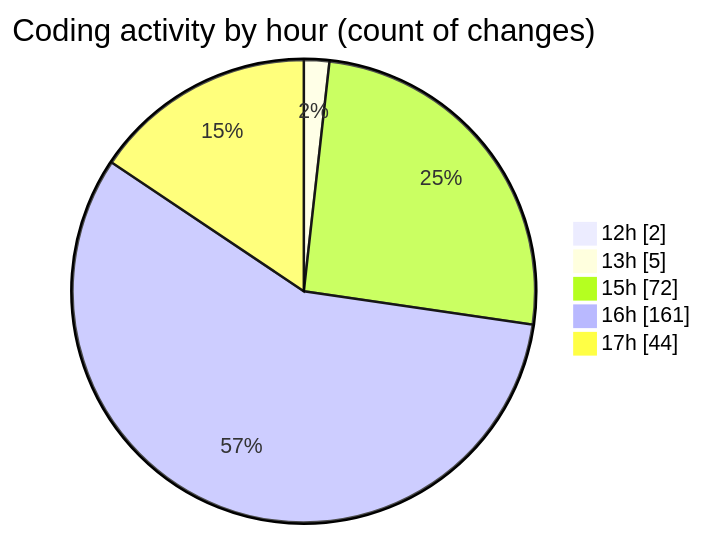
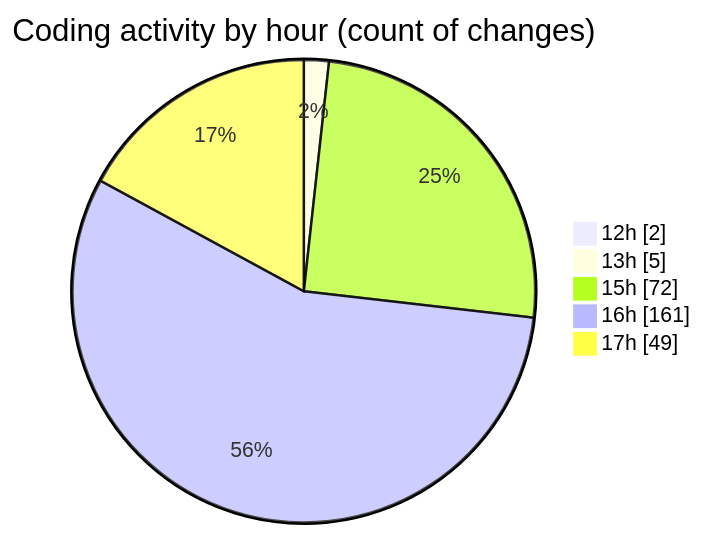
The second of 2 diagrams in 2025-07-12/fish/README.md (EIIisD/code-tracking), drawn with Mermaid before and after one commit. The commit also changed other lines of this file and 1 other file, not shown here.

````diff
--- a/2025-07-12/fish/README.md
+++ b/2025-07-12/fish/README.md
@@ -169,9 +169,9 @@
 ```mermaid
 pie showData
 title Coding activity by hour (count of changes)
 "12h" : 2
 "13h" : 5
 "15h" : 72
 "16h" : 161
-"17h" : 44
+"17h" : 49
 ```
````
